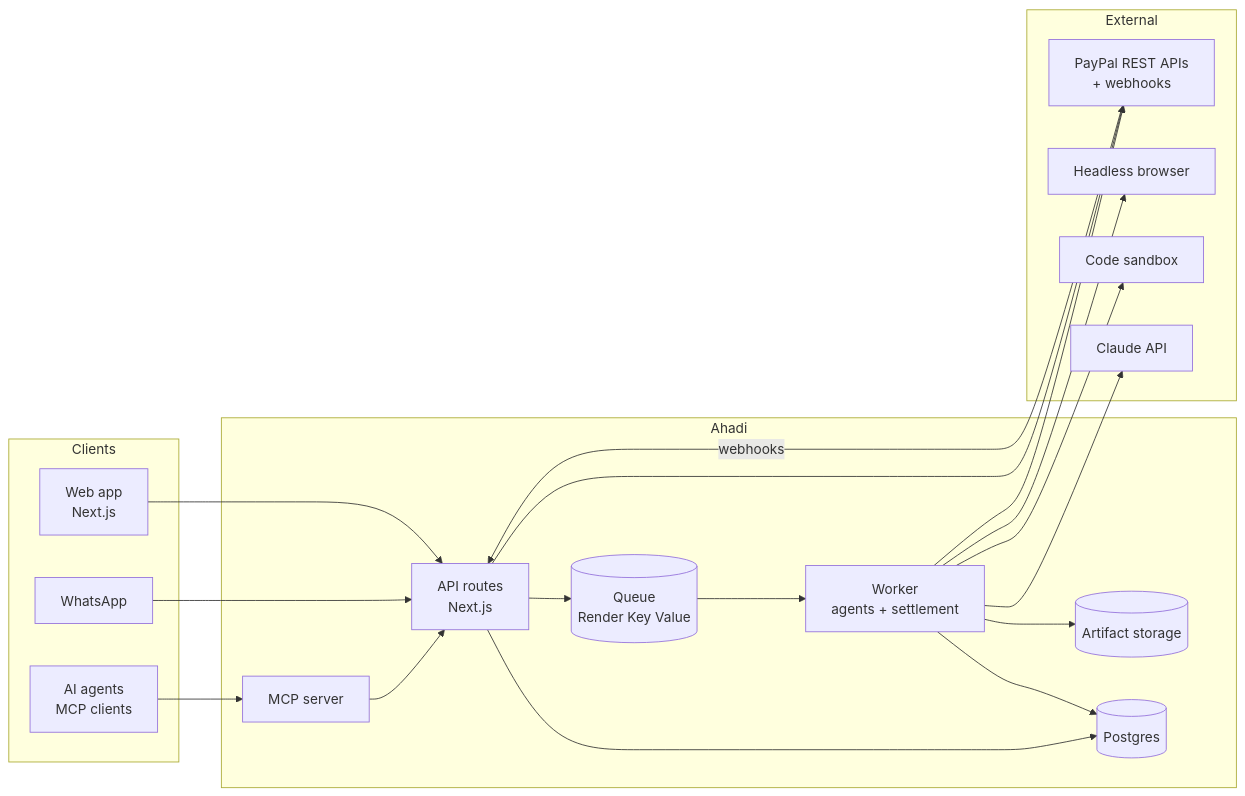
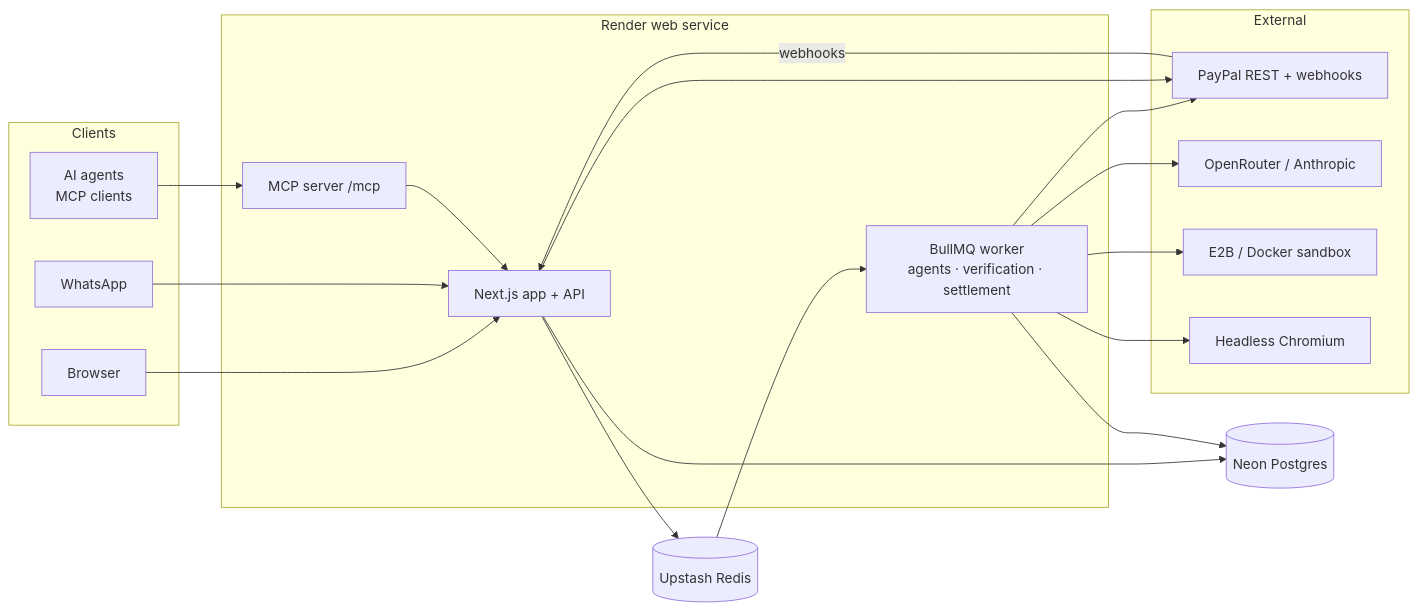
One commit to JosephNjorog/Ahadi changed the second of 2 diagrams in README.md. Above: the diagram before and after it, drawn with Mermaid. The commit also changed other lines of this file, not shown here.

````diff
--- a/README.md
+++ b/README.md
@@ -165,38 +288,37 @@
 ```mermaid
 flowchart LR
     subgraph Clients
-      WEB[Web app<br/>Next.js]
+      WEB[Browser]
       WA[WhatsApp]
       AG[AI agents<br/>MCP clients]
     end
 
-    subgraph Ahadi
-      API[API routes<br/>Next.js]
-      MCP[MCP server]
-      Q[(Queue<br/>Render Key Value)]
-      WK[Worker<br/>agents + settlement]
-      DB[(Postgres)]
-      OBJ[(Artifact storage)]
+    subgraph Render["Render web service"]
+      APP[Next.js app + API]
+      MCP[MCP server /mcp]
+      WK[BullMQ worker<br/>agents · verification · settlement]
     end
 
+    DB[(Neon Postgres)]
+    Q[(Upstash Redis)]
+
     subgraph External
-      PP[PayPal REST APIs<br/>+ webhooks]
-      CL[Claude API]
-      SB[Code sandbox]
-      BR[Headless browser]
+      PP[PayPal REST + webhooks]
+      LLM[OpenRouter / Anthropic]
+      SB[E2B / Docker sandbox]
+      BR[Headless Chromium]
     end
 
-    WEB --> API
-    WA --> API
-    AG --> MCP --> API
-    API --> DB
-    API --> Q --> WK
+    WEB --> APP
+    WA --> APP
+    AG --> MCP --> APP
+    APP --> DB
+    APP --> Q --> WK
     WK --> DB
-    WK --> OBJ
-    WK --> CL
+    WK --> LLM
     WK --> SB
     WK --> BR
     WK --> PP
-    API --> PP
-    PP -- webhooks --> API
+    APP --> PP
+    PP -- webhooks --> APP
 ```
````
